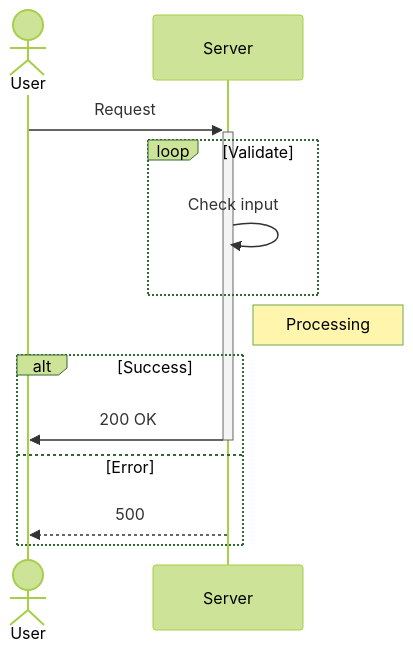
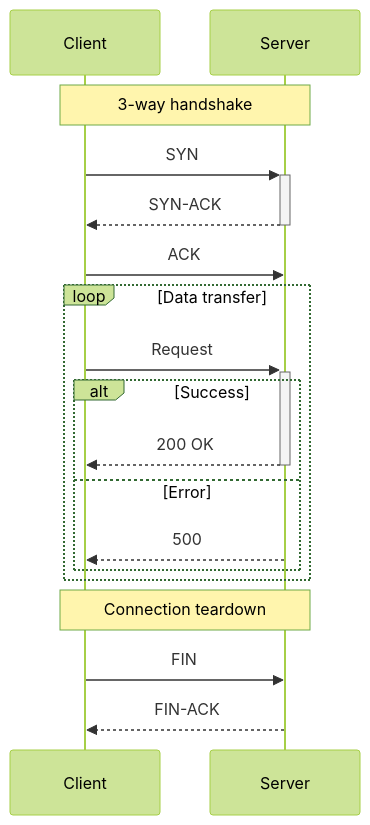
Before and after one commit to drillan/sphinx-oceanid: the sixth of 14 diagrams in docs/supported-diagrams.md, drawn with Mermaid (forest theme). The commit also changed other lines of this file and 3 other files, not shown here.

First line of the commit message:
feat: enable fullscreen modal and enhance diagram documentation (#56)

````diff
--- a/docs/supported-diagrams.md
+++ b/docs/supported-diagrams.md
@@ -280,15 +290,20 @@
 ```{mermaid}
 sequenceDiagram
-  actor User
+  participant C as Client
   participant S as Server
-  User ->>+ S: Request
-  loop Validate
-    S ->> S: Check input
+  Note over C, S: 3-way handshake
+  C ->>+ S: SYN
+  S -->>- C: SYN-ACK
+  C ->> S: ACK
+  loop Data transfer
+    C ->>+ S: Request
+    alt Success
+      S -->>- C: 200 OK
+    else Error
+      S -->> C: 500
+    end
   end
-  Note right of S: Processing
-  alt Success
-    S ->>- User: 200 OK
-  else Error
-    S -->> User: 500
-  end
+  Note over C, S: Connection teardown
+  C ->> S: FIN
+  S -->> C: FIN-ACK
 ```
````
